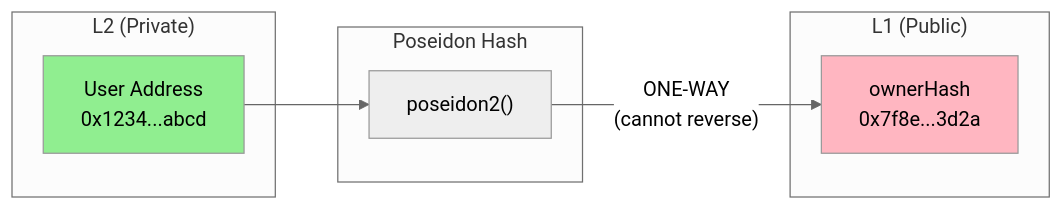
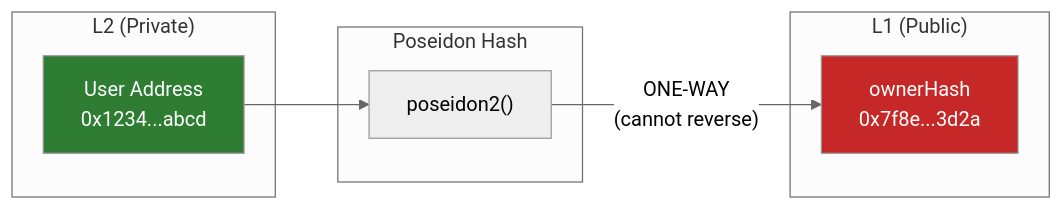
The third of 8 diagrams in PROTOCOL.md (NethermindEth/aztec-aave-wrapper), drawn with Mermaid (neutral theme) before and after one commit. The commit also changed other lines of this file, not shown here.

Commit message:
diagram fixes

````diff
--- a/PROTOCOL.md
+++ b/PROTOCOL.md
@@ -101,20 +101,20 @@
 ```mermaid
 flowchart LR
     subgraph L2["L2 (Private)"]
         ADDR["User Address<br/>0x1234...abcd"]
     end
 
     subgraph HASH["Poseidon Hash"]
         P["poseidon2()"]
     end
 
     subgraph L1["L1 (Public)"]
         OH["ownerHash<br/>0x7f8e...3d2a"]
     end
 
     ADDR --> P
     P --> |"ONE-WAY<br/>(cannot reverse)"| OH
 
-    style ADDR fill:#90EE90
-    style OH fill:#FFB6C1
+    style ADDR fill:#2E7D32,color:#fff
+    style OH fill:#C62828,color:#fff
 ```
````
